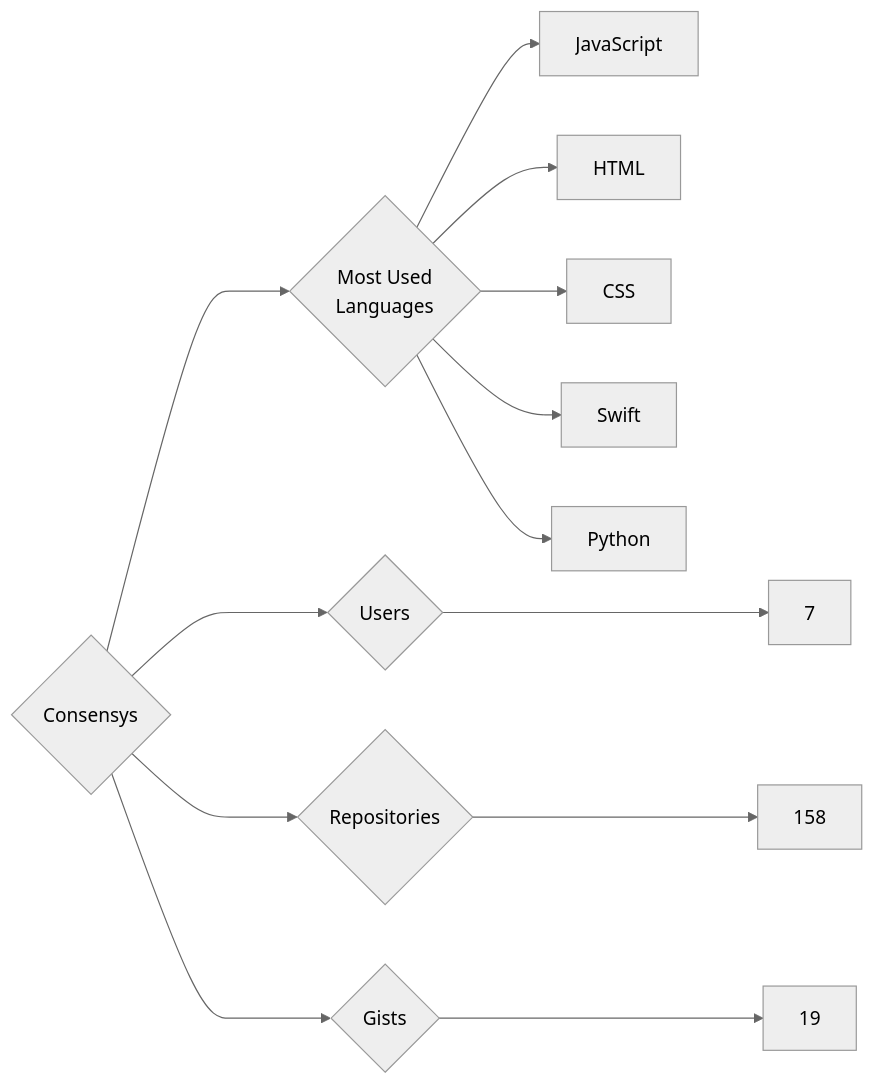
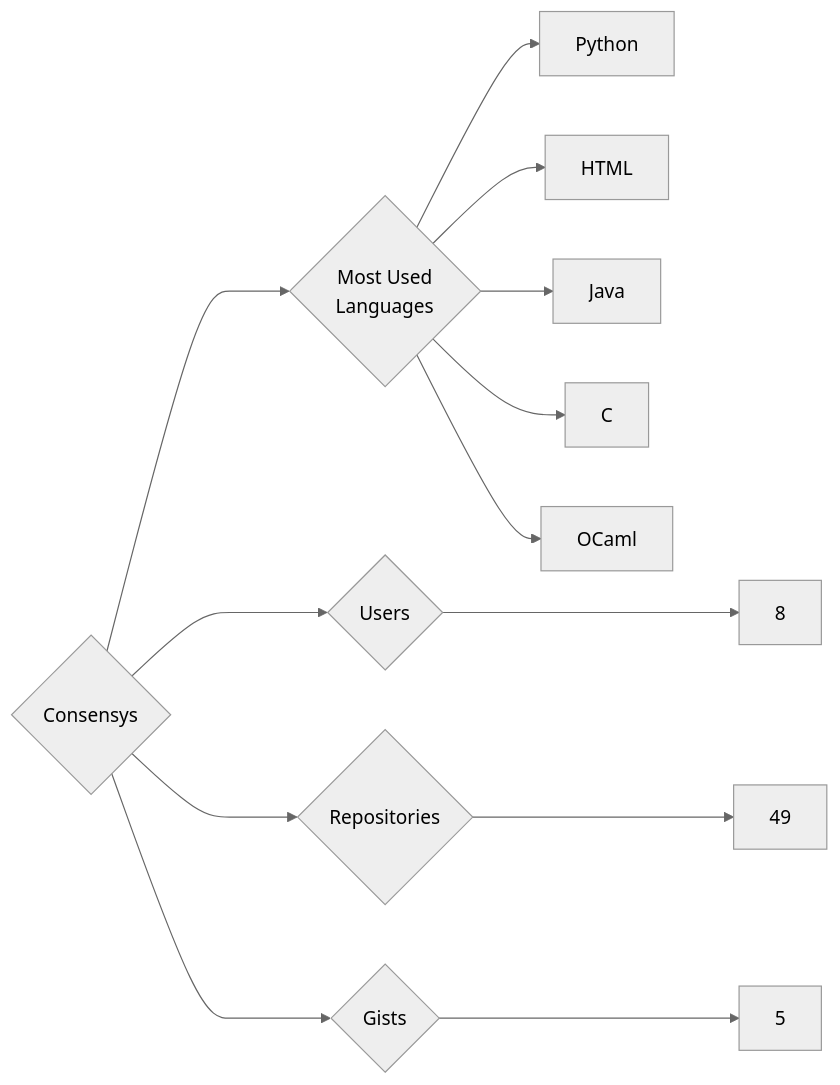
One commit to trickest/insiders changed the diagram in targets/Consensys/README.md. Above: the diagram before and after it, drawn with Mermaid (neutral theme). The commit also changed 1078 other files, not shown here.

````diff
--- a/targets/Consensys/README.md
+++ b/targets/Consensys/README.md
@@ -3,13 +3,13 @@
 ```mermaid
 graph LR
 COMPANY_NAME{Consensys}
-COMPANY_NAME ---> U{Users} ---> UN[7]
-COMPANY_NAME ---> R{Repositories} ---> RN[158]
-COMPANY_NAME ---> G{Gists} ---> GN[19]
+COMPANY_NAME ---> U{Users} ---> UN[8]
+COMPANY_NAME ---> R{Repositories} ---> RN[49]
+COMPANY_NAME ---> G{Gists} ---> GN[5]
 COMPANY_NAME ---> ML{Most Used<br>Languages}
-ML --> JavaScript[JavaScript]
+ML --> Python[Python]
 ML --> HTML[HTML]
-ML --> CSS[CSS]
-ML --> Swift[Swift]
-ML --> Python[Python]
+ML --> Java[Java]
+ML --> C[C]
+ML --> OCaml[OCaml]
 ```
````
